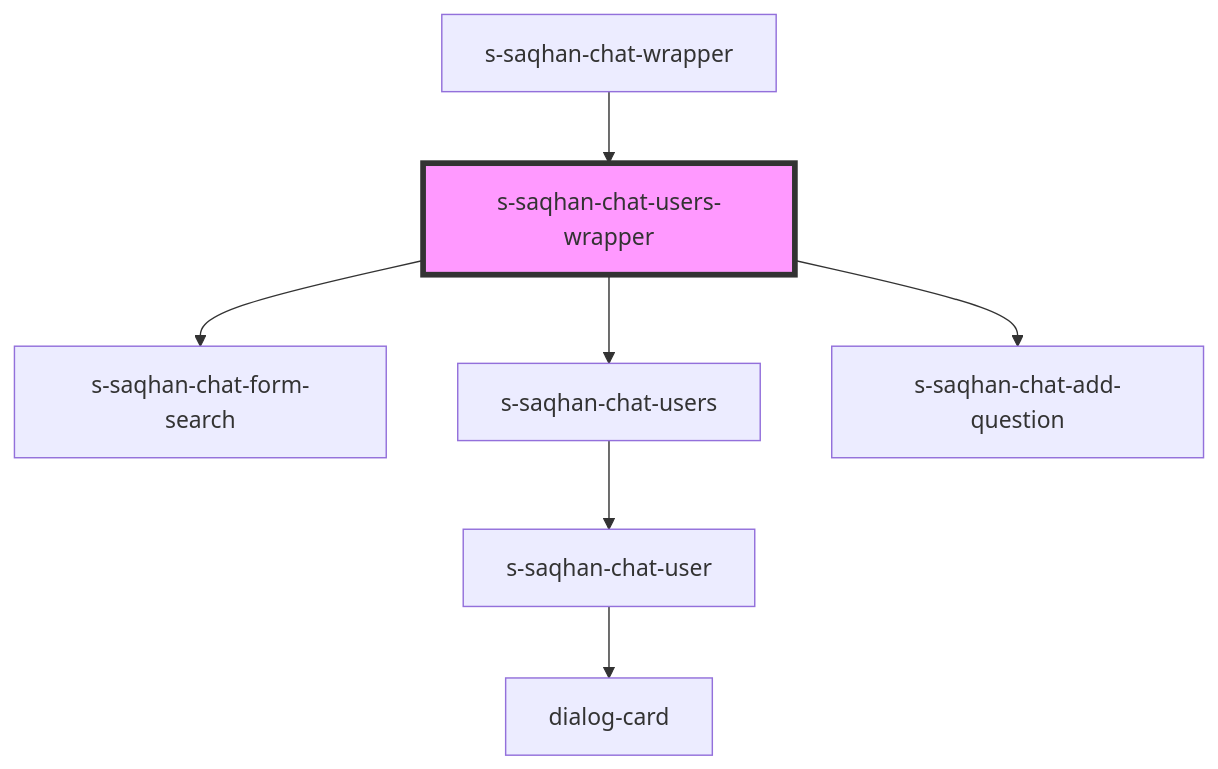
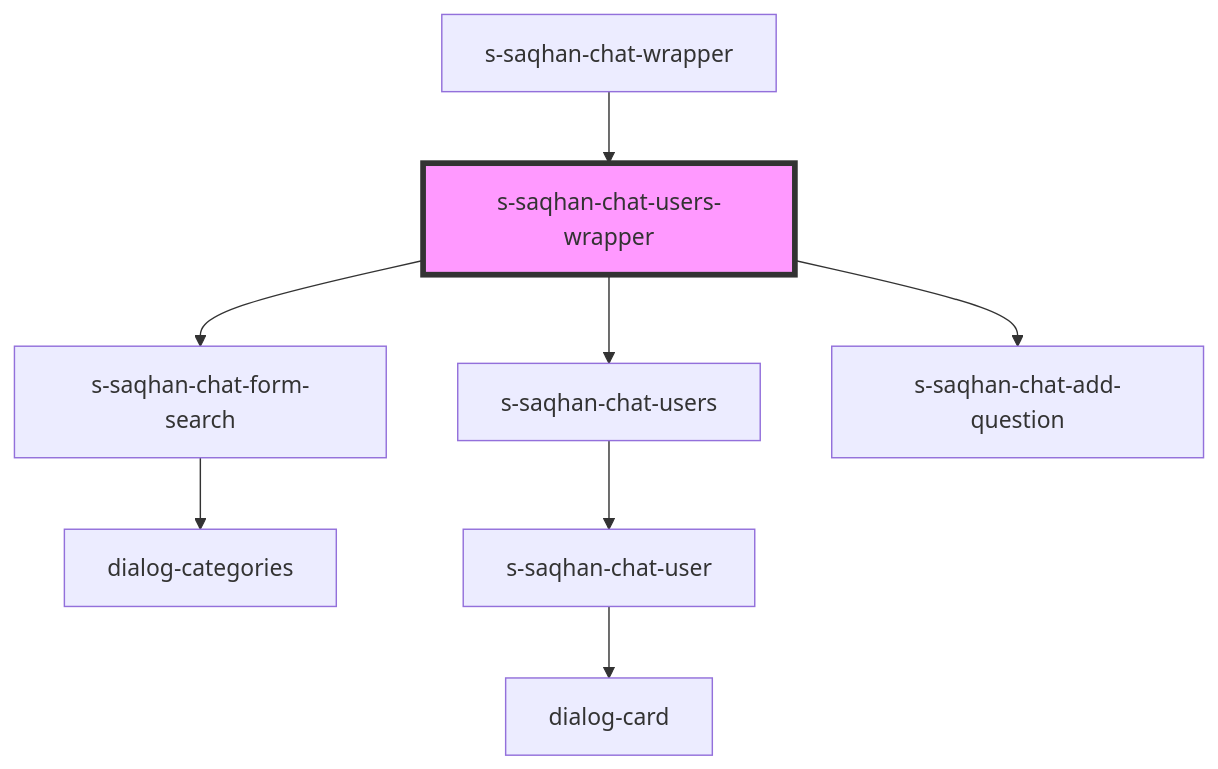
One commit to saqhan/stencil-chat changed the diagram in src/components/module/module-chat/res/view/s-saqhan-chat-wrapper/res/view/s-saqhan-chat-users-wrapper/readme.md. Above: the diagram before and after it, drawn with Mermaid. The commit also changed other lines of this file and 24 other files, not shown here.

````diff
--- a/src/components/module/module-chat/res/view/s-saqhan-chat-wrapper/res/view/s-saqhan-chat-users-wrapper/readme.md
+++ b/src/components/module/module-chat/res/view/s-saqhan-chat-wrapper/res/view/s-saqhan-chat-users-wrapper/readme.md
@@ -29,10 +37,11 @@
 ```mermaid
 graph TD;
   s-saqhan-chat-users-wrapper --> s-saqhan-chat-form-search
   s-saqhan-chat-users-wrapper --> s-saqhan-chat-users
   s-saqhan-chat-users-wrapper --> s-saqhan-chat-add-question
+  s-saqhan-chat-form-search --> dialog-categories
   s-saqhan-chat-users --> s-saqhan-chat-user
   s-saqhan-chat-user --> dialog-card
   s-saqhan-chat-wrapper --> s-saqhan-chat-users-wrapper
   style s-saqhan-chat-users-wrapper fill:#f9f,stroke:#333,stroke-width:4px
 ```
````
